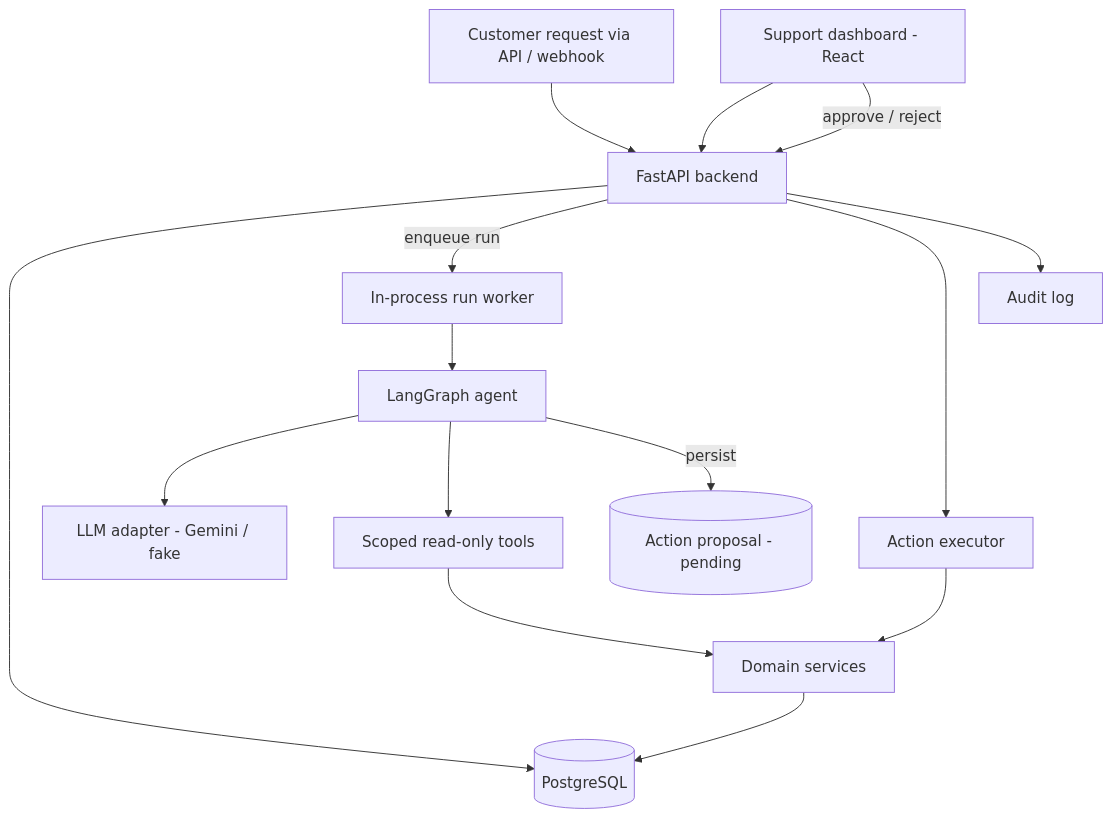
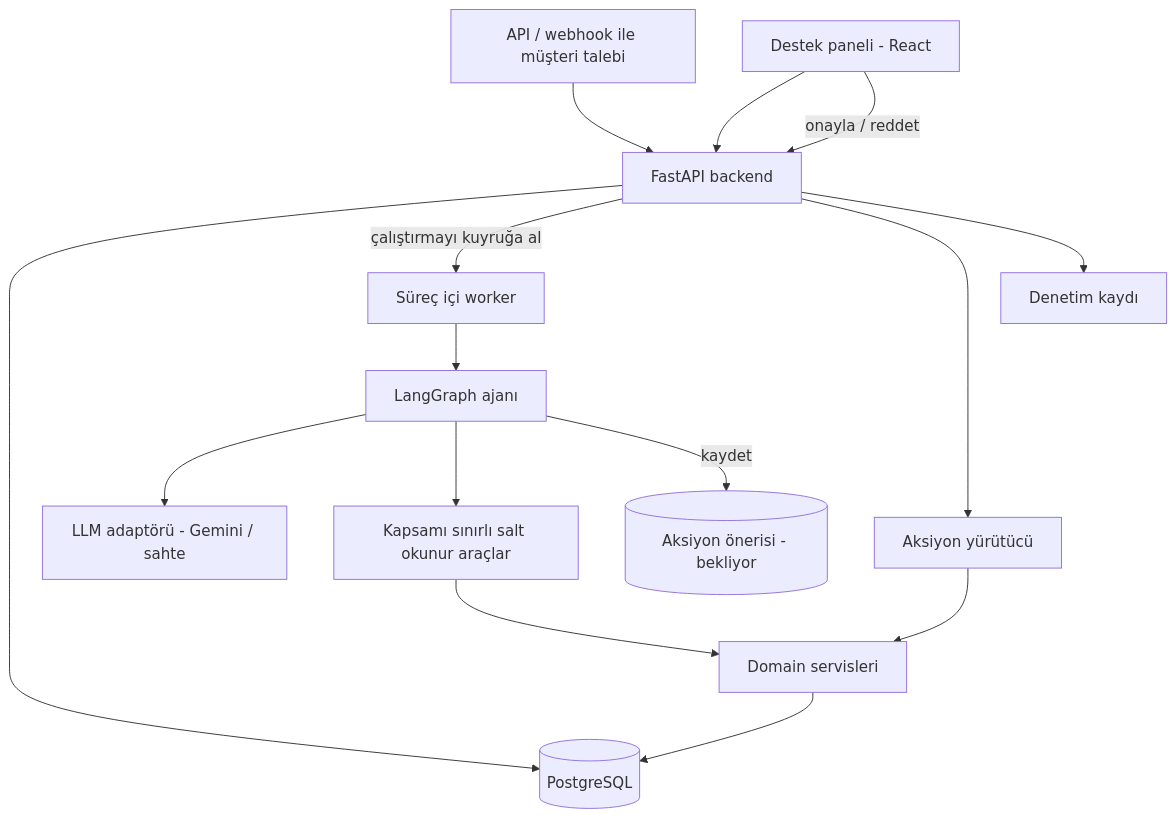
Before and after one commit to UygarYildiz/SupportFlow: the first of 4 diagrams in docs/ARCHITECTURE.md, drawn with Mermaid. The commit also changed other lines of this file and 55 other files, not shown here.

````diff
--- a/docs/ARCHITECTURE.md
+++ b/docs/ARCHITECTURE.md
@@ -7,17 +7,17 @@
 ```mermaid
 flowchart TD
-    C[Customer request via API / webhook] --> API[FastAPI backend]
-    U[Support dashboard - React] --> API
+    C[API / webhook ile müşteri talebi] --> API[FastAPI backend]
+    U[Destek paneli - React] --> API
     API --> DB[(PostgreSQL)]
-    API -->|enqueue run| W[In-process run worker]
-    W --> G[LangGraph agent]
-    G --> LLM[LLM adapter - Gemini / fake]
-    G --> T[Scoped read-only tools]
-    T --> S[Domain services]
-    G -->|persist| P[(Action proposal - pending)]
-    U -->|approve / reject| API
-    API --> X[Action executor]
+    API -->|çalıştırmayı kuyruğa al| W[Süreç içi worker]
+    W --> G[LangGraph ajanı]
+    G --> LLM[LLM adaptörü - Gemini / sahte]
+    G --> T[Kapsamı sınırlı salt okunur araçlar]
+    T --> S[Domain servisleri]
+    G -->|kaydet| P[(Aksiyon önerisi - bekliyor)]
+    U -->|onayla / reddet| API
+    API --> X[Aksiyon yürütücü]
     X --> S
     S --> DB
-    API --> A[Audit log]
+    API --> A[Denetim kaydı]
 ```
````
